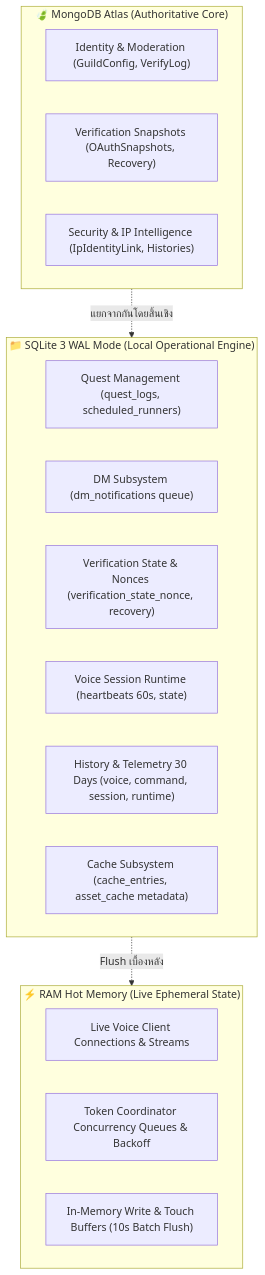
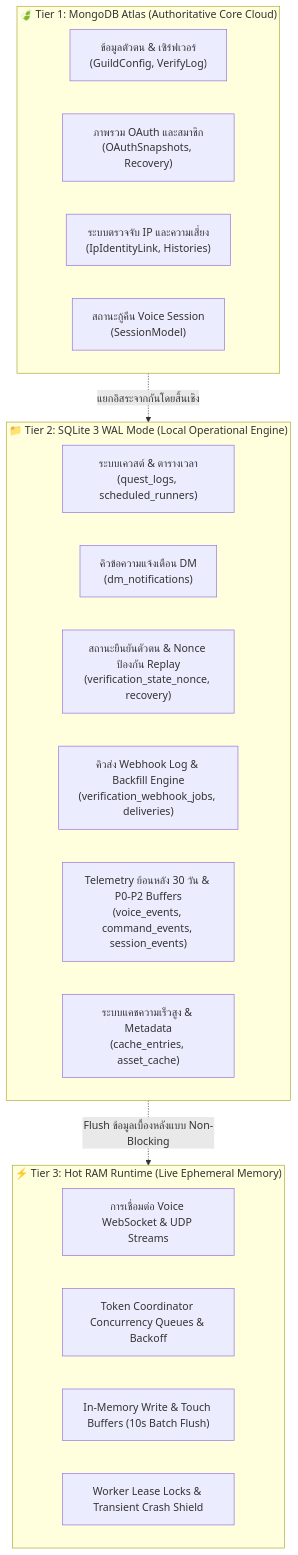
Before and after one commit to aphichat1835-coder/Discord-Bot: the diagram in docs/POST_AUDIT_RESOLUTION_PLAN.md, drawn with Mermaid. The commit also changed other lines of this file and 40 other files, not shown here.

Commit message:
fix(core): remediate production blockers across OAuth, webhook queue, dashboard, and telemetry persistence

````diff
--- a/docs/POST_AUDIT_RESOLUTION_PLAN.md
+++ b/docs/POST_AUDIT_RESOLUTION_PLAN.md
@@ -13,26 +24,28 @@
 ```mermaid
 flowchart TD
-    subgraph CoreStorage ["🍃 MongoDB Atlas (Authoritative Core)"]
-        MC1["Identity & Moderation (GuildConfig, VerifyLog)"]
-        MC2["Verification Snapshots (OAuthSnapshots, Recovery)"]
-        MC3["Security & IP Intelligence (IpIdentityLink, Histories)"]
+    subgraph Tier1 ["🍃 Tier 1: MongoDB Atlas (Authoritative Core Cloud)"]
+        MC1["ข้อมูลตัวตน & เซิร์ฟเวอร์\n(GuildConfig, VerifyLog)"]
+        MC2["ภาพรวม OAuth และสมาชิก\n(OAuthSnapshots, Recovery)"]
+        MC3["ระบบตรวจจับ IP และความเสี่ยง\n(IpIdentityLink, Histories)"]
+        MC4["สถานะกู้คืน Voice Session\n(SessionModel)"]
     end
 
-    subgraph LocalStorage ["📁 SQLite 3 WAL Mode (Local Operational Engine)"]
-        LC1["Quest Management (quest_logs, scheduled_runners)"]
-        LC2["DM Subsystem (dm_notifications queue)"]
-        LC3["Verification State & Nonces (verification_state_nonce, recovery)"]
-        LC4["Voice Session Runtime (heartbeats 60s, state)"]
-        LC5["History & Telemetry 30 Days (voice, command, session, runtime)"]
-        LC6["Cache Subsystem (cache_entries, asset_cache metadata)"]
+    subgraph Tier2 ["📁 Tier 2: SQLite 3 WAL Mode (Local Operational Engine)"]
+        LC1["ระบบเควสต์ & ตารางเวลา\n(quest_logs, scheduled_runners)"]
+        LC2["คิวข้อความแจ้งเตือน DM\n(dm_notifications)"]
+        LC3["สถานะยืนยันตัวตน & Nonce ป้องกัน Replay\n(verification_state_nonce, recovery)"]
+        LC4["คิวส่ง Webhook Log & Backfill Engine\n(verification_webhook_jobs, deliveries)"]
+        LC5["Telemetry ย้อนหลัง 30 วัน & P0-P2 Buffers\n(voice_events, command_events, session_events)"]
+        LC6["ระบบแคชความเร็วสูง & Metadata\n(cache_entries, asset_cache)"]
     end
 
-    subgraph RAMRuntime ["⚡ RAM Hot Memory (Live Ephemeral State)"]
-        R1["Live Voice Client Connections & Streams"]
+    subgraph Tier3 ["⚡ Tier 3: Hot RAM Runtime (Live Ephemeral Memory)"]
+        R1["การเชื่อมต่อ Voice WebSocket & UDP Streams"]
         R2["Token Coordinator Concurrency Queues & Backoff"]
         R3["In-Memory Write & Touch Buffers (10s Batch Flush)"]
+        R4["Worker Lease Locks & Transient Crash Shield"]
     end
 
-    CoreStorage -.->|แยกจากกันโดยสิ้นเชิง| LocalStorage
-    LocalStorage -.->|Flush เบื้องหลัง| RAMRuntime
+    Tier1 -.->|แยกอิสระจากกันโดยสิ้นเชิง| Tier2
+    Tier2 -.->|Flush ข้อมูลเบื้องหลังแบบ Non-Blocking| Tier3
 ```
````
